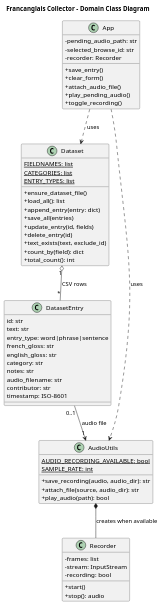
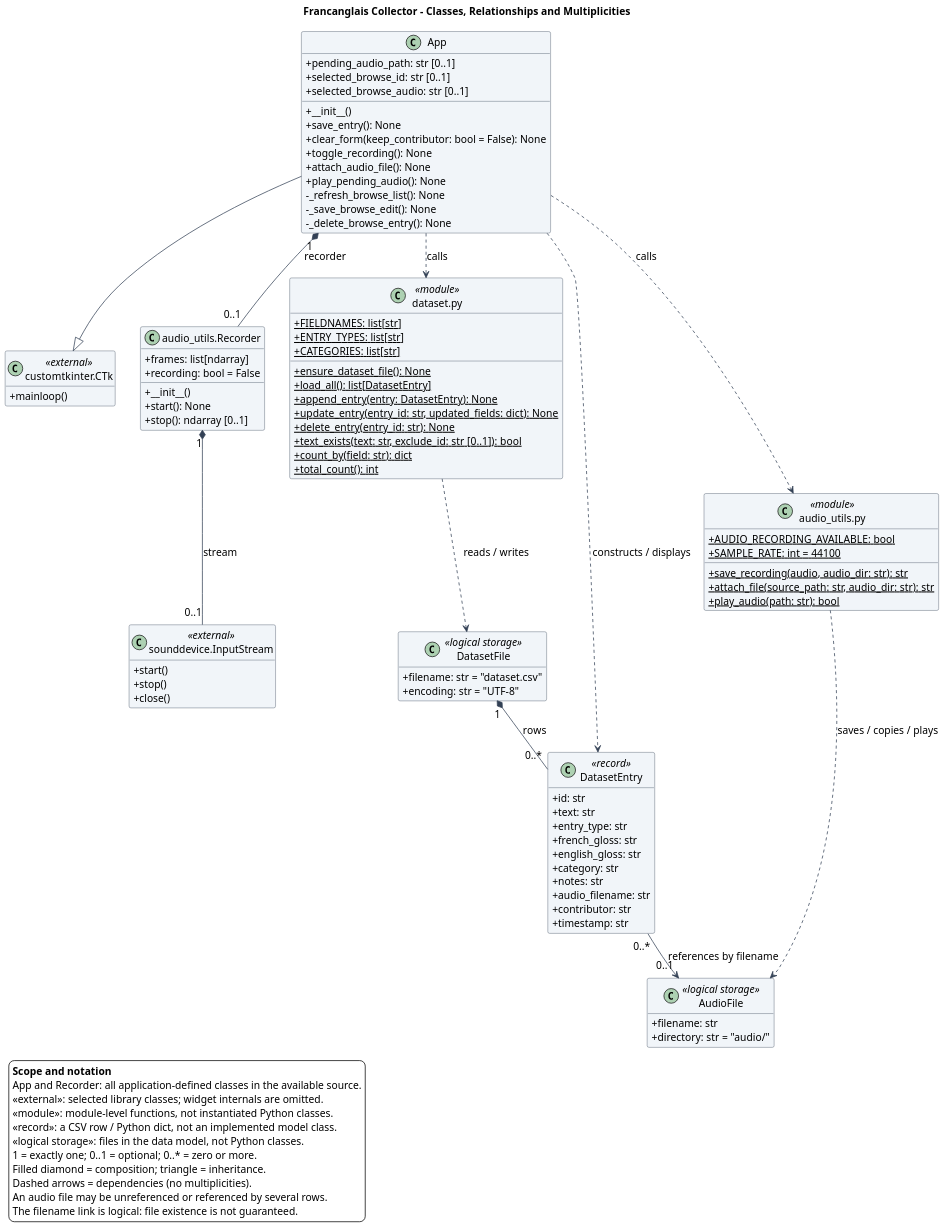
One commit to Suraku237/francanglaiscompiler changed the diagram in docs/diagrams/class-domain.puml. Above: the diagram before and after it, drawn with PlantUML. The commit also changed 5 other files, not shown here.

Commit message:
arranging the document diagrams

```diff
--- a/docs/diagrams/class-domain.puml
+++ b/docs/diagrams/class-domain.puml
@@ -1,65 +1,119 @@
 @startuml
-title Francanglais Collector - Domain Class Diagram
+title Francanglais Collector - Classes, Relationships and Multiplicities
+top to bottom direction
+skinparam backgroundColor white
+skinparam shadowing false
+skinparam defaultFontName Arial
+skinparam defaultFontSize 14
 skinparam classAttributeIconSize 0
+skinparam classBackgroundColor #F1F5F9
+skinparam classBorderColor #334155
+skinparam ArrowColor #334155
+skinparam nodesep 35
+skinparam ranksep 40
+skinparam dpi 160
+hide empty members
+
+class "customtkinter.CTk" as CTk <<external>> {
+  + mainloop()
+}
 
 class App {
-  - pending_audio_path: str
-  - selected_browse_id: str
-  - recorder: Recorder
-  + save_entry()
-  + clear_form()
-  + attach_audio_file()
-  + play_pending_audio()
-  + toggle_recording()
+  + pending_audio_path: str [0..1]
+  + selected_browse_id: str [0..1]
+  + selected_browse_audio: str [0..1]
+  + __init__()
+  + save_entry(): None
+  + clear_form(keep_contributor: bool = False): None
+  + toggle_recording(): None
+  + attach_audio_file(): None
+  + play_pending_audio(): None
+  - _refresh_browse_list(): None
+  - _save_browse_edit(): None
+  - _delete_browse_entry(): None
 }
 
-class Dataset {
-  {static} FIELDNAMES: list
-  {static} CATEGORIES: list
-  {static} ENTRY_TYPES: list
-  + ensure_dataset_file()
-  + load_all(): list
-  + append_entry(entry: dict)
-  + save_all(entries)
-  + update_entry(id, fields)
-  + delete_entry(id)
-  + text_exists(text, exclude_id)
-  + count_by(field): dict
-  + total_count(): int
+class "audio_utils.Recorder" as Recorder {
+  + frames: list[ndarray]
+  + recording: bool = False
+  + __init__()
+  + start(): None
+  + stop(): ndarray [0..1]
 }
 
-class AudioUtils {
-  {static} AUDIO_RECORDING_AVAILABLE: bool
-  {static} SAMPLE_RATE: int
-  + save_recording(audio, audio_dir): str
-  + attach_file(source, audio_dir): str
-  + play_audio(path): bool
+class "sounddevice.InputStream" as InputStream <<external>> {
+  + start()
+  + stop()
+  + close()
 }
 
-class Recorder {
-  - frames: list
-  - stream: InputStream
-  - recording: bool
-  + start()
-  + stop(): audio
+class "dataset.py" as Dataset <<module>> {
+  {static} + FIELDNAMES: list[str]
+  {static} + ENTRY_TYPES: list[str]
+  {static} + CATEGORIES: list[str]
+  {static} + ensure_dataset_file(): None
+  {static} + load_all(): list[DatasetEntry]
+  {static} + append_entry(entry: DatasetEntry): None
+  {static} + update_entry(entry_id: str, updated_fields: dict): None
+  {static} + delete_entry(entry_id: str): None
+  {static} + text_exists(text: str, exclude_id: str [0..1]): bool
+  {static} + count_by(field: str): dict
+  {static} + total_count(): int
 }
 
-class DatasetEntry {
-  id: str
-  text: str
-  entry_type: word|phrase|sentence
-  french_gloss: str
-  english_gloss: str
-  category: str
-  notes: str
-  audio_filename: str
-  contributor: str
-  timestamp: ISO-8601
+class "audio_utils.py" as AudioUtils <<module>> {
+  {static} + AUDIO_RECORDING_AVAILABLE: bool
+  {static} + SAMPLE_RATE: int = 44100
+  {static} + save_recording(audio, audio_dir: str): str
+  {static} + attach_file(source_path: str, audio_dir: str): str
+  {static} + play_audio(path: str): bool
 }
 
-App ..> Dataset : uses
-App ..> AudioUtils : uses
-AudioUtils *-- Recorder : creates when available
-Dataset "1" o-- "*" DatasetEntry : CSV rows
-DatasetEntry "0..1" --> "1" AudioUtils : audio file
+class DatasetFile <<logical storage>> {
+  + filename: str = "dataset.csv"
+  + encoding: str = "UTF-8"
+}
+
+class DatasetEntry <<record>> {
+  + id: str
+  + text: str
+  + entry_type: str
+  + french_gloss: str
+  + english_gloss: str
+  + category: str
+  + notes: str
+  + audio_filename: str
+  + contributor: str
+  + timestamp: str
+}
+
+class AudioFile <<logical storage>> {
+  + filename: str
+  + directory: str = "audio/"
+}
+
+App --|> CTk
+App "1" *-- "0..1" Recorder : recorder
+Recorder "1" *-- "0..1" InputStream : stream
+App ..> Dataset : calls
+App ..> AudioUtils : calls
+App ..> DatasetEntry : constructs / displays
+Dataset ..> DatasetFile : reads / writes
+AudioUtils ..> AudioFile : saves / copies / plays
+DatasetFile "1" *-- "0..*" DatasetEntry : rows
+DatasetEntry "0..*" --> "0..1" AudioFile : references by filename
+
+legend bottom left
+  <b>Scope and notation</b>
+  App and Recorder: all application-defined classes in the available source.
+  <<external>>: selected library classes; widget internals are omitted.
+  <<module>>: module-level functions, not instantiated Python classes.
+  <<record>>: a CSV row / Python dict, not an implemented model class.
+  <<logical storage>>: files in the data model, not Python classes.
+  1 = exactly one; 0..1 = optional; 0..* = zero or more.
+  Filled diamond = composition; triangle = inheritance.
+  Dashed arrows = dependencies (no multiplicities).
+  An audio file may be unreferenced or referenced by several rows.
+  The filename link is logical: file existence is not guaranteed.
+endlegend
 @enduml
```
